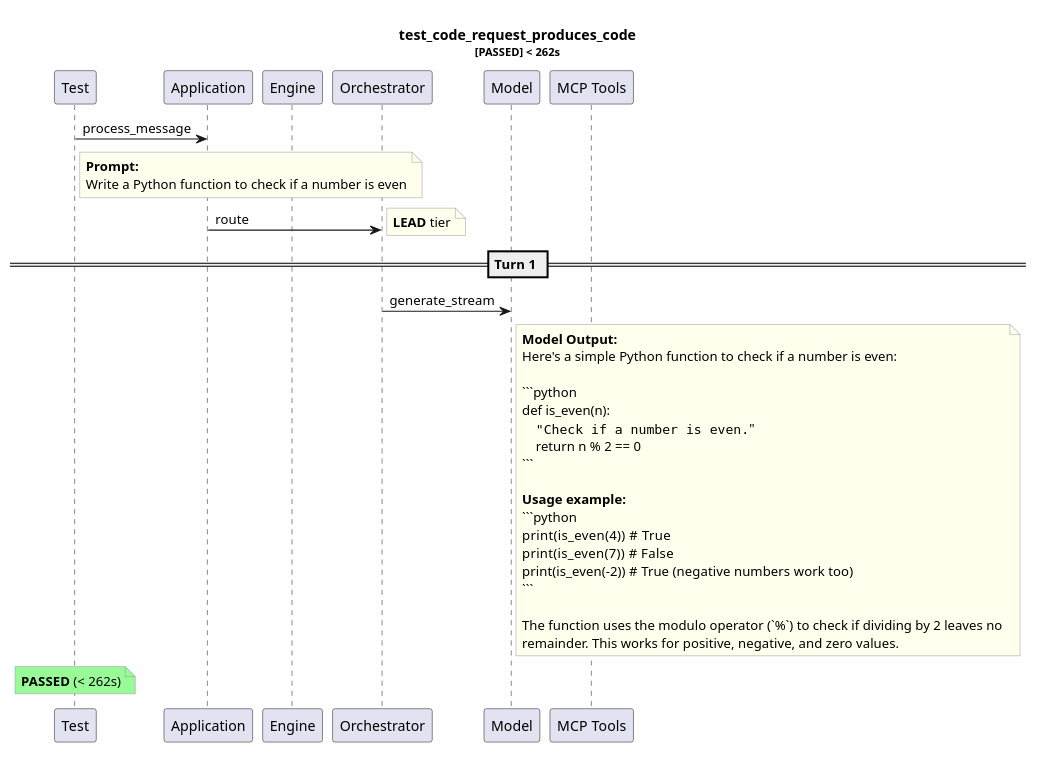
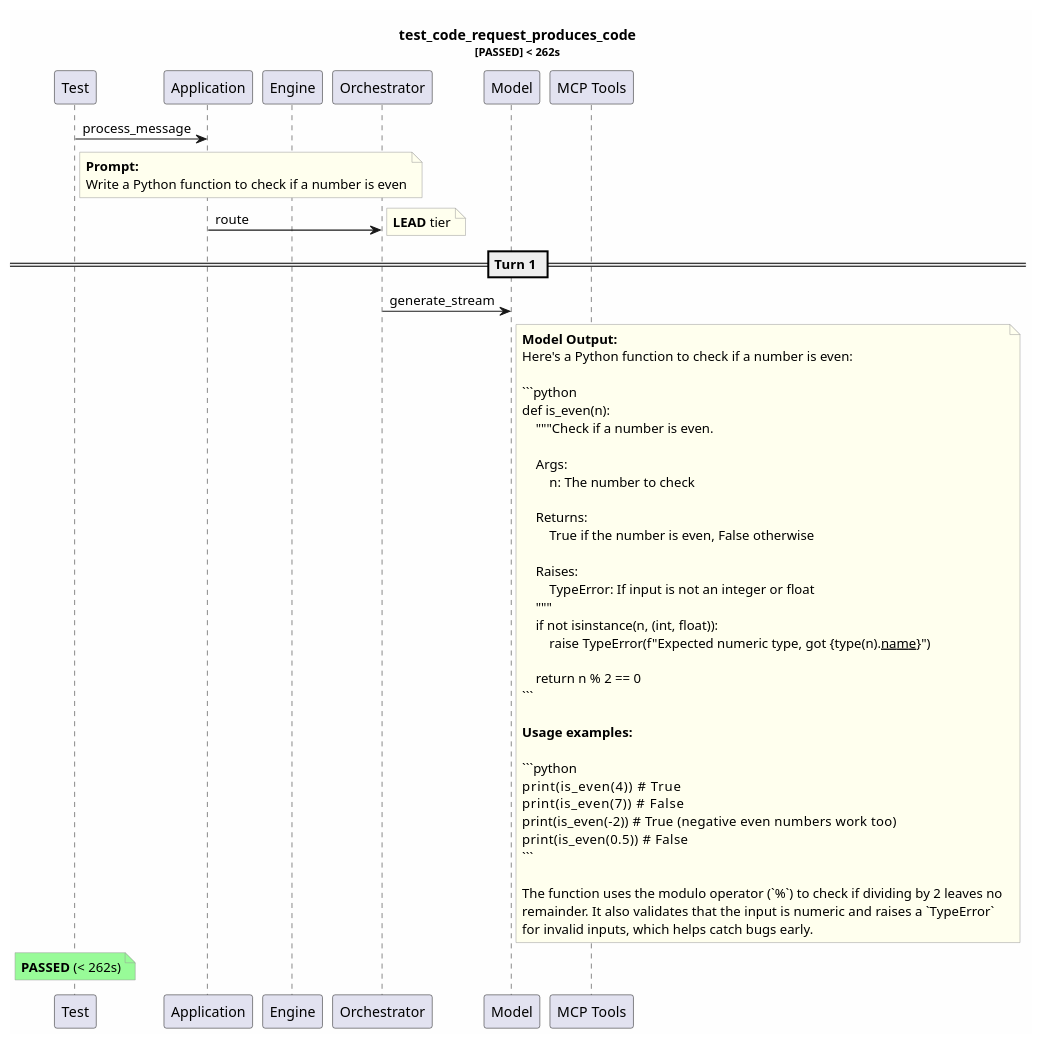
The diagram in test-reports/logs/test_code_request_produces_code/test_code_request_produces_code.puml (tvanfossen/entropic), drawn with PlantUML before and after one commit. The commit also changed 11 other files, not shown here.

````diff
--- a/test-reports/logs/test_code_request_produces_code/test_code_request_produces_code.puml
+++ b/test-reports/logs/test_code_request_produces_code/test_code_request_produces_code.puml
@@ -1,47 +1,63 @@
 @startuml
 skinparam backgroundColor #FEFEFE
 skinparam noteBorderColor #999999
 skinparam noteBackgroundColor #FFFFEE
 title test_code_request_produces_code\n<size:11>[PASSED] < 262s</size>
 
 participant "Test" as T
 participant "Application" as App
 participant "Engine" as Eng
 participant "Orchestrator" as Orch
 participant "Model" as Mdl
 participant "MCP Tools" as MCP
 
 T -> App: process_message
 note right of T
   **Prompt:**
   Write a Python function to check if a number is even
 end note
 App -> Orch: route
 note right: **LEAD** tier
 == Turn 1 ==
 Orch -> Mdl: generate_stream
 note right of Mdl
   **Model Output:**
-  Here's a simple Python function to check if a number is even:
+  Here's a Python function to check if a number is even:
   
   ```python
   def is_even(n):
-      """Check if a number is even."""
+      """Check if a number is even.
+      
+      Args:
+          n: The number to check
+          
+      Returns:
+          True if the number is even, False otherwise
+          
+      Raises:
+          TypeError: If input is not an integer or float
+      """
+      if not isinstance(n, (int, float)):
+          raise TypeError(f"Expected numeric type, got {type(n).__name__}")
+      
       return n % 2 == 0
   ```
   
-  **Usage example:**
+  **Usage examples:**
+  
   ```python
-  print(is_even(4))   # True
-  print(is_even(7))   # False
-  print(is_even(-2))  # True (negative numbers work too)
+  print(is_even(4))      # True
+  print(is_even(7))      # False
+  print(is_even(-2))     # True (negative even numbers work too)
+  print(is_even(0.5))    # False
   ```
   
   The function uses the modulo operator (`%`) to check if dividing by 2 leaves no 
-  remainder. This works for positive, negative, and zero values.
+  remainder. It also validates that the input is numeric and raises a `TypeError` 
+  for invalid inputs, which helps catch bugs early.
 end note
 note over T #palegreen
   **PASSED** (< 262s)
 end note
 
 @enduml
````
